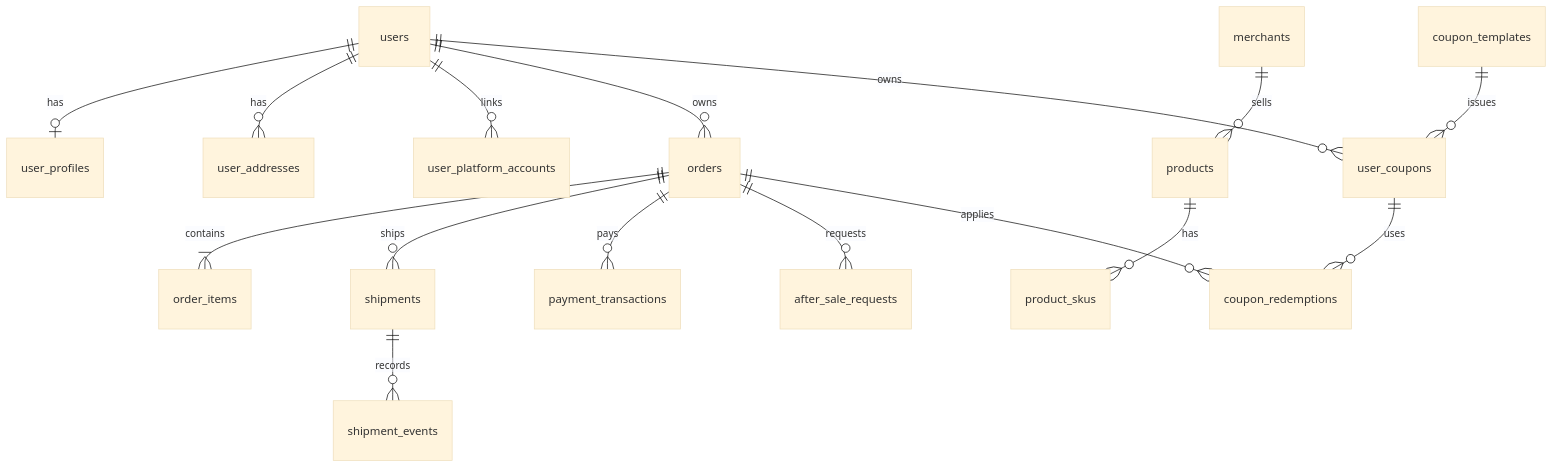
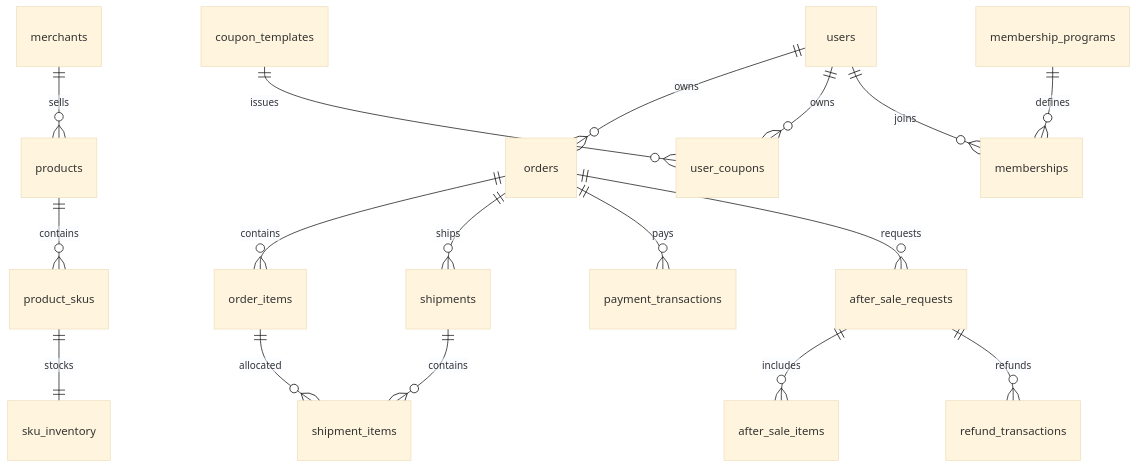
Before and after one commit to onedayhappen/ecom-customer-service: the diagram in docs/数据库表设计.md, drawn with Mermaid (base theme). The commit also changed other lines of this file and 39 other files, not shown here.

````diff
--- a/docs/数据库表设计.md
+++ b/docs/数据库表设计.md
@@ -135,18 +122,19 @@
 ```mermaid
 erDiagram
-    users ||--o| user_profiles : has
-    users ||--o{ user_addresses : has
-    users ||--o{ user_platform_accounts : links
     users ||--o{ orders : owns
     merchants ||--o{ products : sells
-    products ||--o{ product_skus : has
-    orders ||--|{ order_items : contains
+    products ||--o{ product_skus : contains
+    product_skus ||--|| sku_inventory : stocks
+    orders ||--o{ order_items : contains
     orders ||--o{ shipments : ships
-    shipments ||--o{ shipment_events : records
+    shipments ||--o{ shipment_items : contains
+    order_items ||--o{ shipment_items : allocated
     orders ||--o{ payment_transactions : pays
     orders ||--o{ after_sale_requests : requests
+    after_sale_requests ||--o{ after_sale_items : includes
+    after_sale_requests ||--o{ refund_transactions : refunds
     coupon_templates ||--o{ user_coupons : issues
     users ||--o{ user_coupons : owns
-    user_coupons ||--o{ coupon_redemptions : uses
-    orders ||--o{ coupon_redemptions : applies
+    membership_programs ||--o{ memberships : defines
+    users ||--o{ memberships : joins
 ```
````
